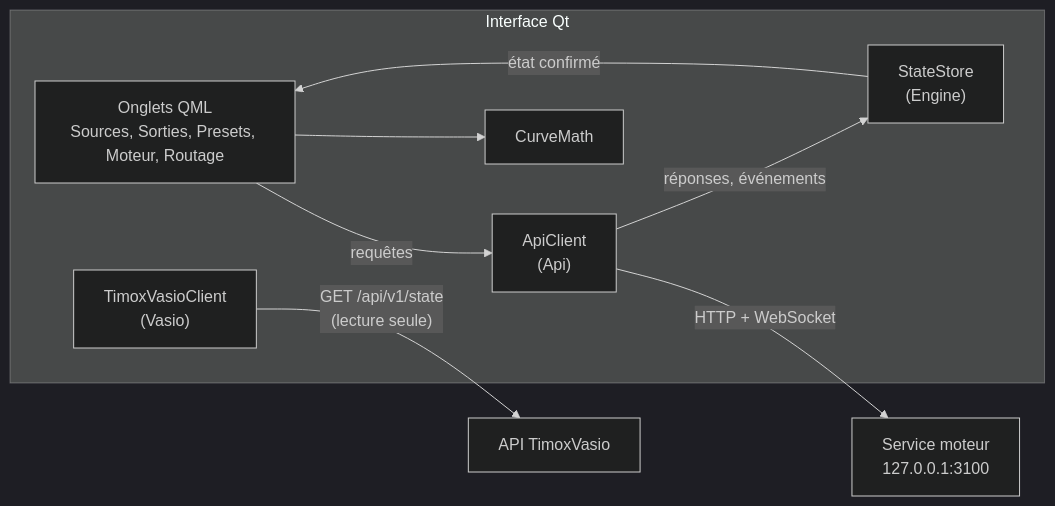
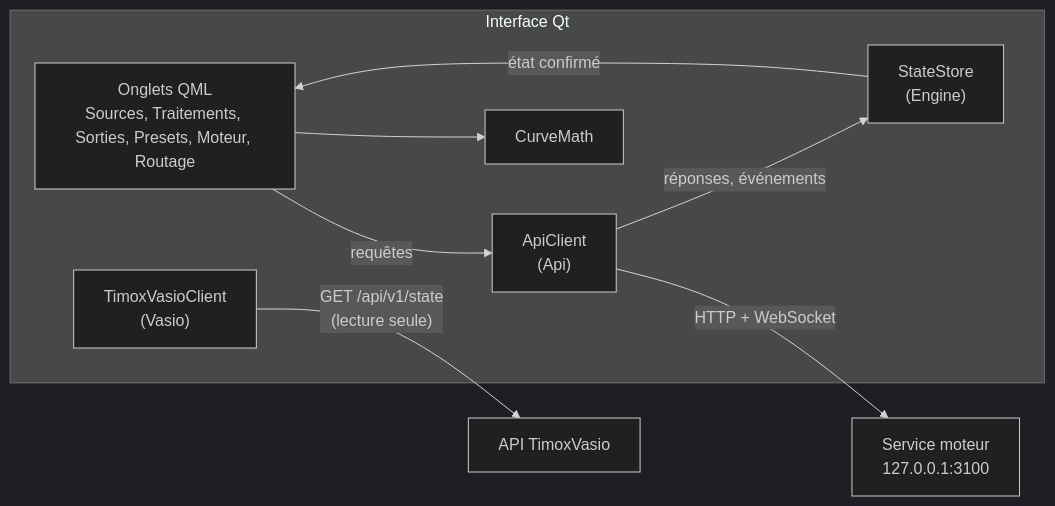
The diagram in desktop/README.md (timox/SCMixer), drawn with Mermaid (dark theme) before and after one commit. The commit also changed other lines of this file and 9 other files, not shown here.

````diff
--- a/desktop/README.md
+++ b/desktop/README.md
@@ -7,16 +7,16 @@
 ```mermaid
 flowchart LR
     subgraph Desktop[Interface Qt]
-        QML["Onglets QML<br/>Sources, Sorties, Presets, Moteur, Routage"]
+        QML["Onglets QML<br/>Sources, Traitements, Sorties, Presets, Moteur, Routage"]
         API["ApiClient<br/>(Api)"]
         STORE["StateStore<br/>(Engine)"]
         CURVES["CurveMath"]
         VASIO["TimoxVasioClient<br/>(Vasio)"]
     end
     QML -- "requêtes" --> API
     API -- "réponses, événements" --> STORE
     STORE -- "état confirmé" --> QML
     QML --> CURVES
     API -- "HTTP + WebSocket" --> ENGINE["Service moteur<br/>127.0.0.1:3100"]
     VASIO -- "GET /api/v1/state<br/>(lecture seule)" --> TV["API TimoxVasio"]
 ```
````
